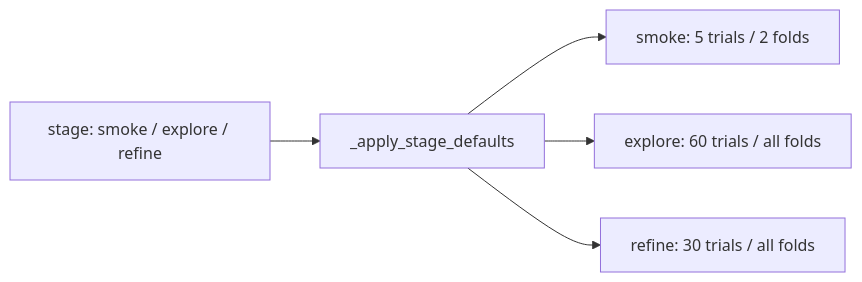
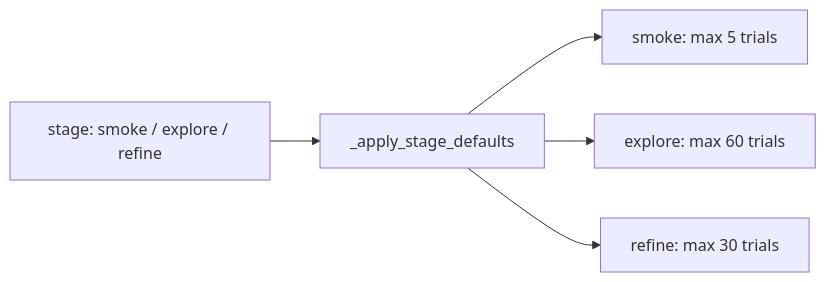
One commit to Nemesis14/chronoquant changed the second of 7 diagrams in _doc_/database_and_code_doc/5520_search.md. Above: the diagram before and after it, drawn with Mermaid. The commit also changed other lines of this file and 1415 other files, not shown here.

````diff
--- a/_doc_/database_and_code_doc/5520_search.md
+++ b/_doc_/database_and_code_doc/5520_search.md
@@ -34,7 +32,7 @@
 ```mermaid
 flowchart LR
   STAGE[stage: smoke / explore / refine] --> DEF[_apply_stage_defaults]
-  DEF --> A[smoke: 5 trials / 2 folds]
-  DEF --> B[explore: 60 trials / all folds]
-  DEF --> C[refine: 30 trials / all folds]
+  DEF --> A[smoke: max 5 trials]
+  DEF --> B[explore: max 60 trials]
+  DEF --> C[refine: max 30 trials]
 ```
````
